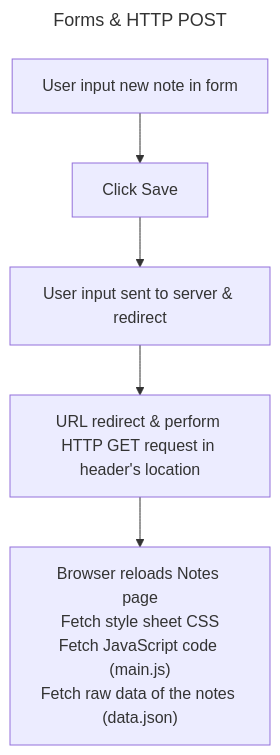
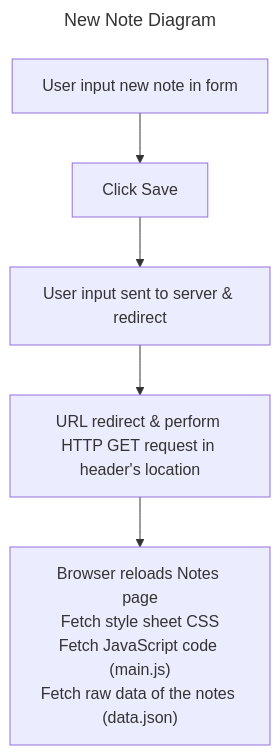
Before and after one commit to edocode20/FullStackOpen: the diagram in part 0/mermaid.md, drawn with Mermaid.

````diff
--- a/part 0/mermaid.md
+++ b/part 0/mermaid.md
@@ -1,16 +1,16 @@
 ```mermaid
 ---
-title: Forms & HTTP POST
+title: New Note Diagram
 ---
 flowchart TD
   A["User input new note in form"]-->
 B["Click Save"]-->
 C["User input sent to server & redirect"]-->
 D["URL redirect & perform HTTP GET request in header's location"]-->
 E["`Browser reloads Notes page
 Fetch style sheet CSS
 Fetch JavaScript code (main.js)
 Fetch raw data of the notes (data.json)`"]
 
 
 ```
````
